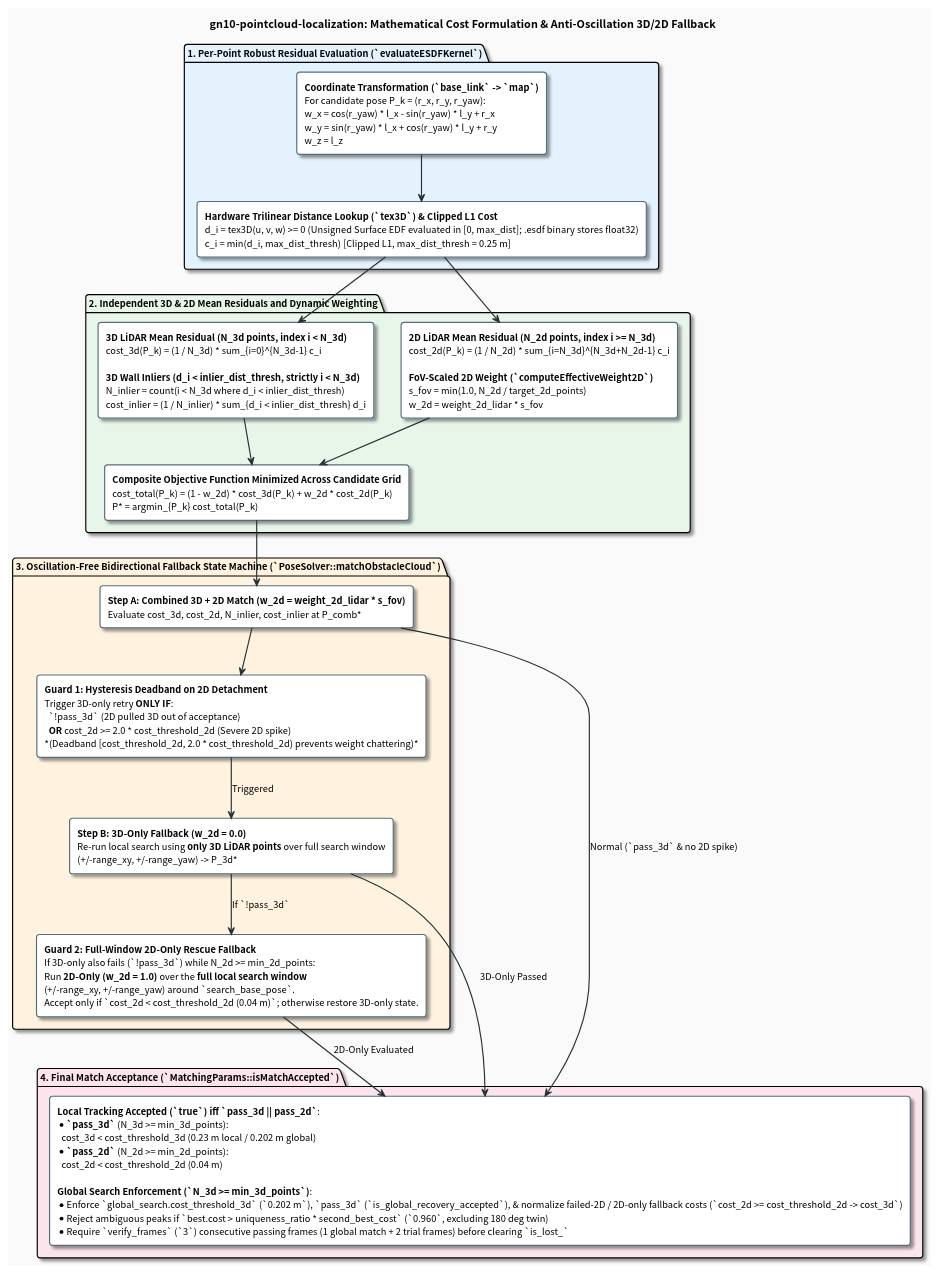
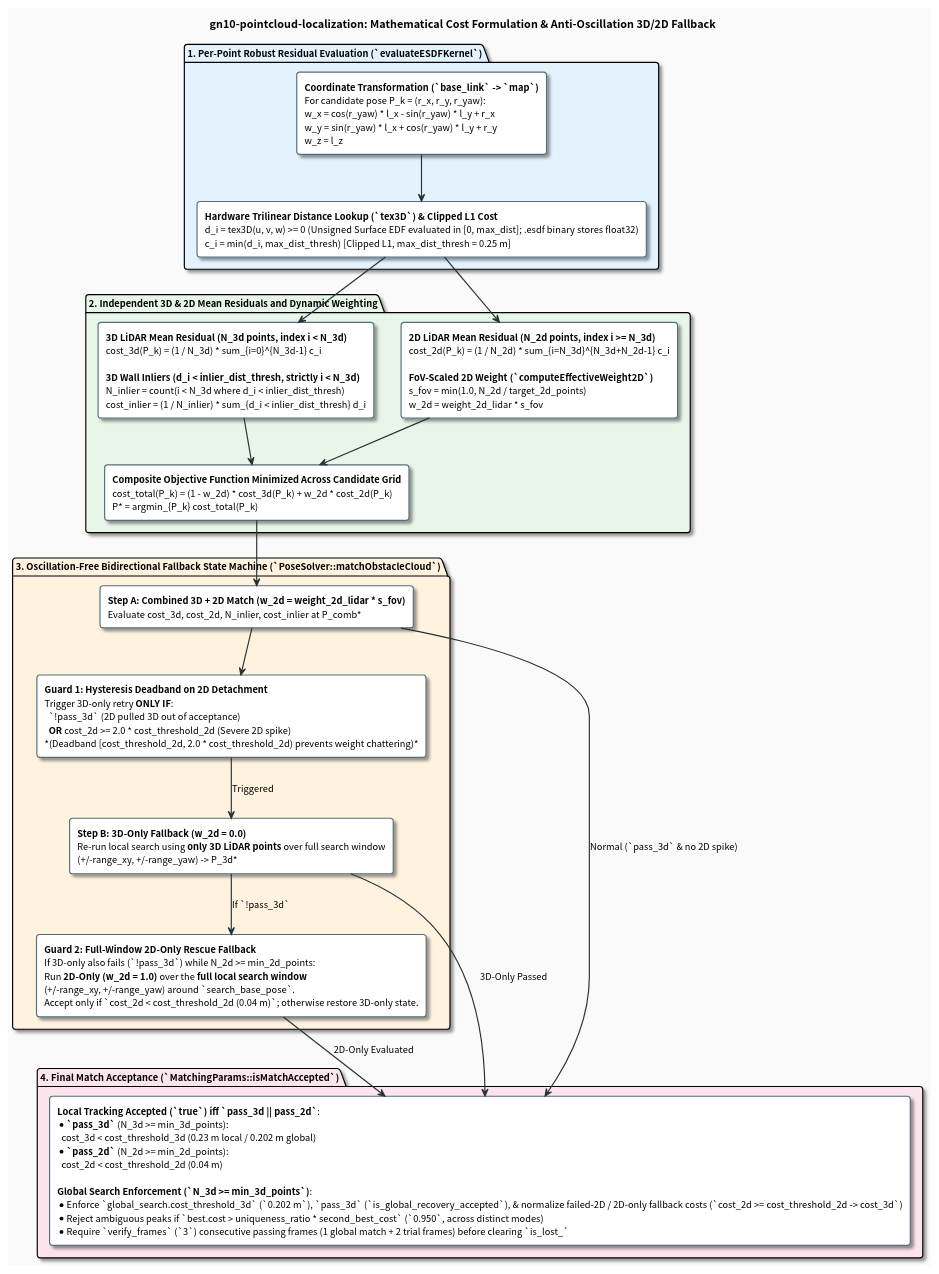
Before and after one commit to tmcit-ararobo-2026a/gn10-pointcloud-localization: the diagram in docs/matching_cost_and_weighting.pu, drawn with PlantUML. The commit also changed 12 other files, not shown here.

Commit message:
refactor(global_search): remove origin-dependent antipodal symmetry heuristic

```diff
--- a/docs/matching_cost_and_weighting.pu
+++ b/docs/matching_cost_and_weighting.pu
@@ -1,70 +1,70 @@
 @startuml matching_cost_and_weighting
 skinparam backgroundColor #FAFAFA
 skinparam defaultFontName "Roboto, Noto Sans CJK JP, sans-serif"
 skinparam defaultFontSize 12
 skinparam roundCorner 8
 skinparam shadowing true
 skinparam ArrowColor #263238
 skinparam ArrowThickness 1.5
 
 skinparam rectangle {
     BackgroundColor #FFFFFF
     BorderColor #546E7A
     BorderThickness 1.5
 }
 
 skinparam note {
     BackgroundColor #FFF8E1
     BorderColor #FFB300
     FontColor #263238
 }
 
 title **gn10-pointcloud-localization: Mathematical Cost Formulation & Anti-Oscillation 3D/2D Fallback**
 
 package "1. Per-Point Robust Residual Evaluation (`evaluateESDFKernel`)" #E3F2FD {
     rectangle "**Coordinate Transformation (`base_link` -> `map`)**\nFor candidate pose P_k = (r_x, r_y, r_yaw):\nw_x = cos(r_yaw) * l_x - sin(r_yaw) * l_y + r_x\nw_y = sin(r_yaw) * l_x + cos(r_yaw) * l_y + r_y\nw_z = l_z" as TF_EQ
 
     rectangle "**Hardware Trilinear Distance Lookup (`tex3D`) & Clipped L1 Cost**\nd_i = tex3D(u, v, w) >= 0  (Unsigned Surface EDF evaluated in [0, max_dist]; .esdf binary stores float32)\nc_i = min(d_i, max_dist_thresh)  [Clipped L1, max_dist_thresh = 0.25 m]" as CLIP_EQ
 
     TF_EQ -down-> CLIP_EQ
 }
 
 package "2. Independent 3D & 2D Mean Residuals and Dynamic Weighting" #E8F5E9 {
     rectangle "**3D LiDAR Mean Residual (N_3d points, index i < N_3d)**\ncost_3d(P_k) = (1 / N_3d) * sum_{i=0}^{N_3d-1} c_i\n\n**3D Wall Inliers (d_i < inlier_dist_thresh, strictly i < N_3d)**\nN_inlier = count(i < N_3d where d_i < inlier_dist_thresh)\ncost_inlier = (1 / N_inlier) * sum_{d_i < inlier_dist_thresh} d_i" as COST_3D
 
     rectangle "**2D LiDAR Mean Residual (N_2d points, index i >= N_3d)**\ncost_2d(P_k) = (1 / N_2d) * sum_{i=N_3d}^{N_3d+N_2d-1} c_i\n\n**FoV-Scaled 2D Weight (`computeEffectiveWeight2D`)**\ns_fov = min(1.0, N_2d / target_2d_points)\nw_2d = weight_2d_lidar * s_fov" as COST_2D
 
     rectangle "**Composite Objective Function Minimized Across Candidate Grid**\ncost_total(P_k) = (1 - w_2d) * cost_3d(P_k) + w_2d * cost_2d(P_k)\nP* = argmin_{P_k} cost_total(P_k)" as COMP_EQ
 
     COST_3D -down-> COMP_EQ
     COST_2D -down-> COMP_EQ
 }
 
 CLIP_EQ -down-> COST_3D
 CLIP_EQ -down-> COST_2D
 
 package "3. Oscillation-Free Bidirectional Fallback State Machine (`PoseSolver::matchObstacleCloud`)" #FFF3E0 {
     rectangle "**Step A: Combined 3D + 2D Match (w_2d = weight_2d_lidar * s_fov)**\nEvaluate cost_3d, cost_2d, N_inlier, cost_inlier at P_comb*" as STEP_A
 
     rectangle "**Guard 1: Hysteresis Deadband on 2D Detachment**\nTrigger 3D-only retry **ONLY IF**:\n  `!pass_3d` (2D pulled 3D out of acceptance)\n  **OR** cost_2d >= 2.0 * cost_threshold_2d (Severe 2D spike)\n*(Deadband [cost_threshold_2d, 2.0 * cost_threshold_2d) prevents weight chattering)*" as GUARD_1
 
     rectangle "**Step B: 3D-Only Fallback (w_2d = 0.0)**\nRe-run local search using **only 3D LiDAR points** over full search window\n(+/-range_xy, +/-range_yaw) -> P_3d*" as STEP_B
 
     rectangle "**Guard 2: Full-Window 2D-Only Rescue Fallback**\nIf 3D-only also fails (`!pass_3d`) while N_2d >= min_2d_points:\nRun **2D-Only (w_2d = 1.0)** over the **full local search window**\n(+/-range_xy, +/-range_yaw) around `search_base_pose`.\nAccept only if `cost_2d < cost_threshold_2d (0.04 m)`; otherwise restore 3D-only state." as STEP_C
 
     STEP_A -down-> GUARD_1
     GUARD_1 -down-> STEP_B : Triggered
     STEP_B -down-> STEP_C : If `!pass_3d`
 }
 
 COMP_EQ -down-> STEP_A
 
 package "4. Final Match Acceptance (`MatchingParams::isMatchAccepted`)" #FCE4EC {
-    rectangle "**Local Tracking Accepted (`true`) iff `pass_3d || pass_2d`**:\n* **`pass_3d`** (N_3d >= min_3d_points):\n  cost_3d < cost_threshold_3d (0.23 m local / 0.202 m global)\n* **`pass_2d`** (N_2d >= min_2d_points):\n  cost_2d < cost_threshold_2d (0.04 m)\n\n**Global Search Enforcement (`N_3d >= min_3d_points`)**:\n* Enforce `global_search.cost_threshold_3d` (`0.202 m`), `pass_3d` (`is_global_recovery_accepted`), & normalize failed-2D / 2D-only fallback costs (`cost_2d >= cost_threshold_2d -> cost_3d`)\n* Reject ambiguous peaks if `best.cost > uniqueness_ratio * second_best_cost` (`0.960`, excluding 180 deg twin)\n* Require `verify_frames` (`3`) consecutive passing frames (1 global match + 2 trial frames) before clearing `is_lost_`" as FINAL_ACCEPT
+    rectangle "**Local Tracking Accepted (`true`) iff `pass_3d || pass_2d`**:\n* **`pass_3d`** (N_3d >= min_3d_points):\n  cost_3d < cost_threshold_3d (0.23 m local / 0.202 m global)\n* **`pass_2d`** (N_2d >= min_2d_points):\n  cost_2d < cost_threshold_2d (0.04 m)\n\n**Global Search Enforcement (`N_3d >= min_3d_points`)**:\n* Enforce `global_search.cost_threshold_3d` (`0.202 m`), `pass_3d` (`is_global_recovery_accepted`), & normalize failed-2D / 2D-only fallback costs (`cost_2d >= cost_threshold_2d -> cost_3d`)\n* Reject ambiguous peaks if `best.cost > uniqueness_ratio * second_best_cost` (`0.950`, across distinct modes)\n* Require `verify_frames` (`3`) consecutive passing frames (1 global match + 2 trial frames) before clearing `is_lost_`" as FINAL_ACCEPT
 }
 
 STEP_A -down-> FINAL_ACCEPT : Normal (`pass_3d` & no 2D spike)
 STEP_B -down-> FINAL_ACCEPT : 3D-Only Passed
 STEP_C -down-> FINAL_ACCEPT : 2D-Only Evaluated
 
 @enduml
```
